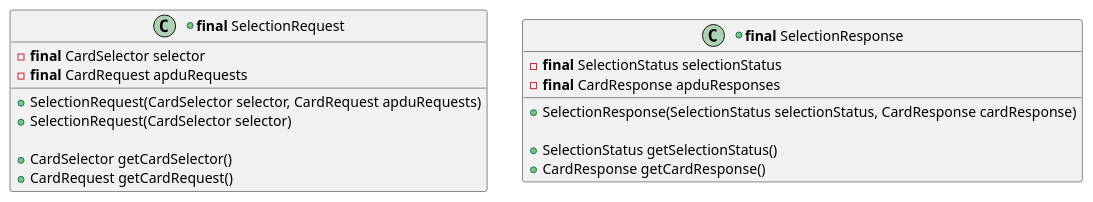
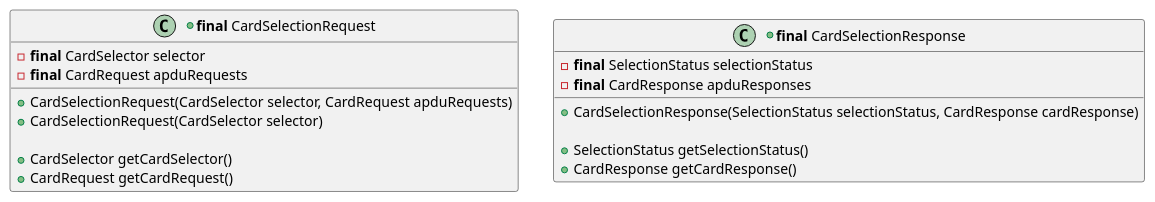
Before and after one commit to calypsonet/keyple: the fifth of 7 diagrams in src/KeypleCoreApi/puml/KeypleCore_Card_ClassDiag_ClassElements.iuml, drawn with PlantUML. The commit also changed other lines of this file and 2 other files, not shown here.

Commit message:
Rename SelectionRequest

```diff
--- a/src/KeypleCoreApi/puml/KeypleCore_Card_ClassDiag_ClassElements.iuml
+++ b/src/KeypleCoreApi/puml/KeypleCore_Card_ClassDiag_ClassElements.iuml
@@ -75,22 +75,22 @@
 @startuml(id=CARD_SELECTION_1_0_0)
-+class "<b>final</b> SelectionRequest" as SelectionRequest {
++class "<b>final</b> CardSelectionRequest" as CardSelectionRequest {
   -<b>final</b> CardSelector selector
   -<b>final</b> CardRequest apduRequests
 
-  +SelectionRequest(CardSelector selector, CardRequest apduRequests)
-  +SelectionRequest(CardSelector selector)
+  +CardSelectionRequest(CardSelector selector, CardRequest apduRequests)
+  +CardSelectionRequest(CardSelector selector)
 
   +CardSelector getCardSelector()
   +CardRequest getCardRequest()
 }
 
-+class "<b>final</b> SelectionResponse" as SelectionResponse {
++class "<b>final</b> CardSelectionResponse" as CardSelectionResponse {
   -<b>final</b> SelectionStatus selectionStatus
   -<b>final</b> CardResponse apduResponses
 
-  +SelectionResponse(SelectionStatus selectionStatus, CardResponse cardResponse)
+  +CardSelectionResponse(SelectionStatus selectionStatus, CardResponse cardResponse)
 
   +SelectionStatus getSelectionStatus()
   +CardResponse getCardResponse()
 }
 @enduml
```
